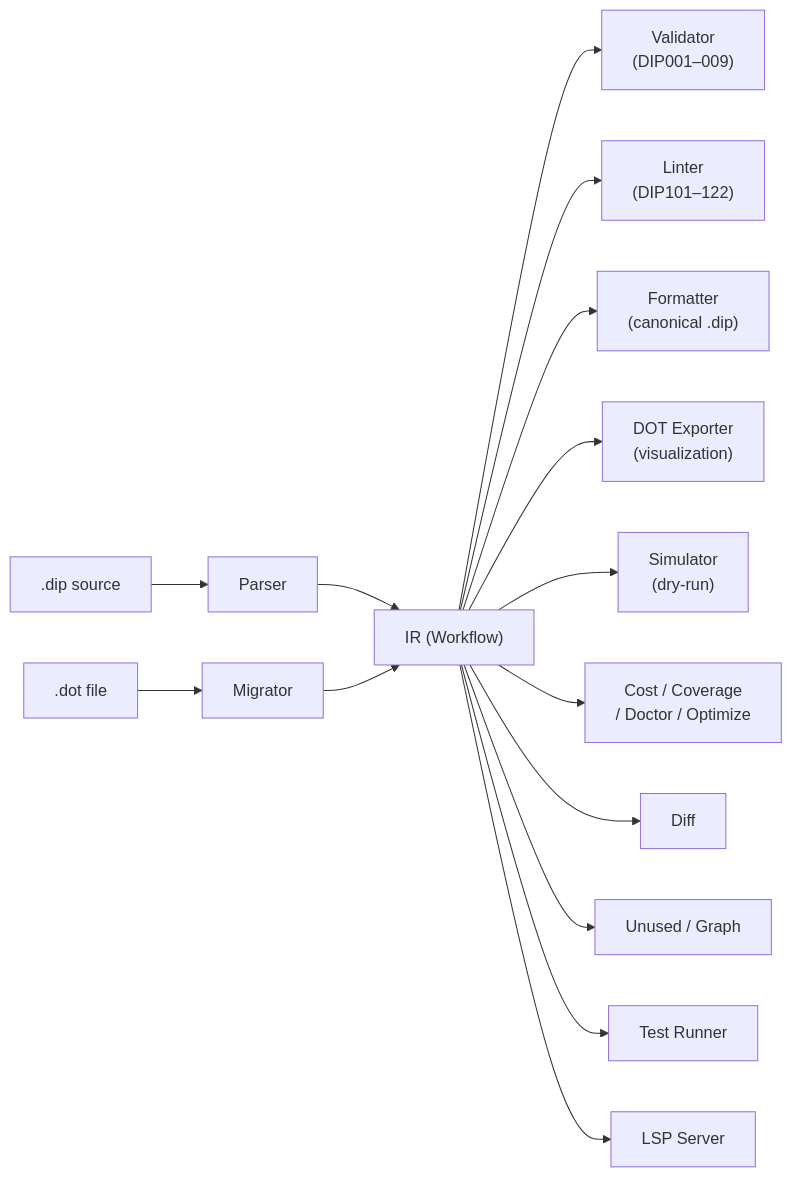
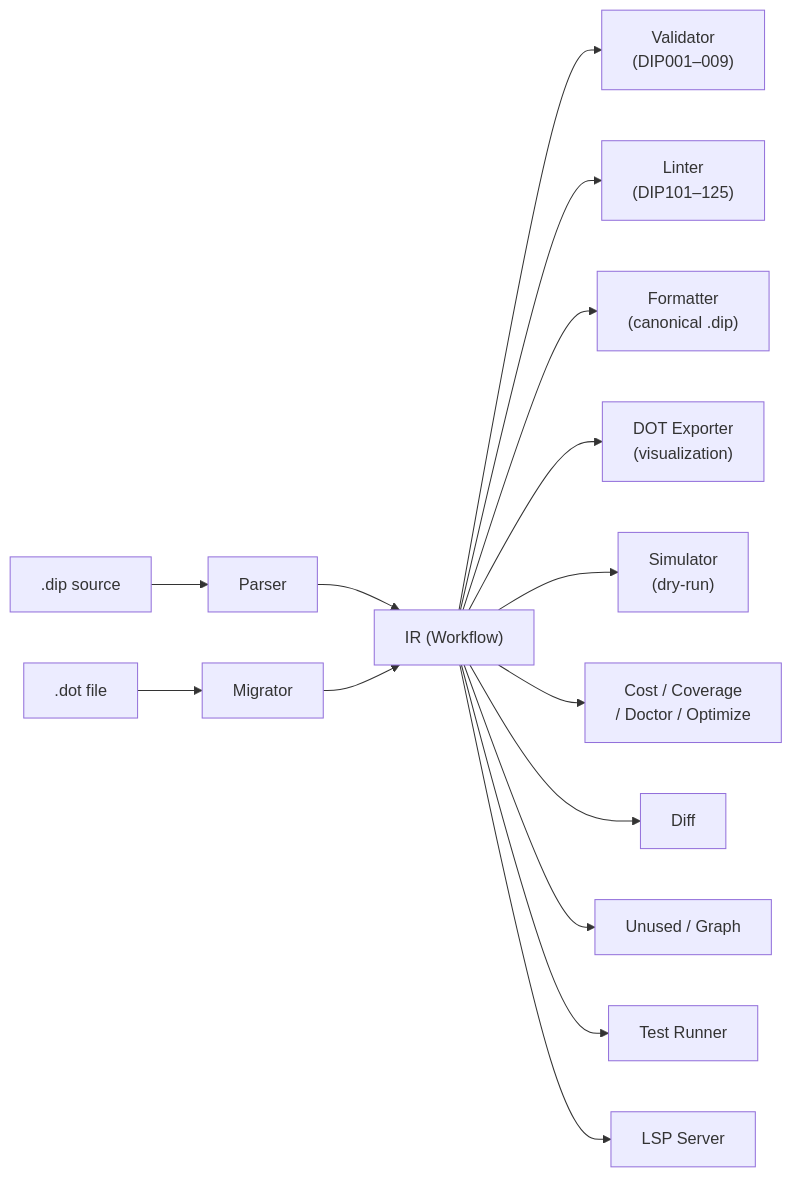
One commit to michellepellon/dippin-lang changed the second of 2 diagrams in README.md. Above: the diagram before and after it, drawn with Mermaid. The commit also changed other lines of this file and 14 other files, not shown here.

````diff
--- a/README.md
+++ b/README.md
@@ -459,17 +462,17 @@
 ```mermaid
 graph LR
     DIP[".dip source"] --> Parser
     DOT_FILE[".dot file"] --> Migrator
     Parser --> IR["IR (Workflow)"]
     Migrator --> IR
     IR --> Validator["Validator<br>(DIP001–009)"]
-    IR --> Linter["Linter<br>(DIP101–122)"]
+    IR --> Linter["Linter<br>(DIP101–125)"]
     IR --> Formatter["Formatter<br>(canonical .dip)"]
     IR --> DOT["DOT Exporter<br>(visualization)"]
     IR --> Sim["Simulator<br>(dry-run)"]
     IR --> Cost["Cost / Coverage<br>/ Doctor / Optimize"]
     IR --> Diff["Diff"]
     IR --> Unused["Unused / Graph"]
     IR --> Test["Test Runner"]
     IR --> LSP["LSP Server"]
 ```
````
